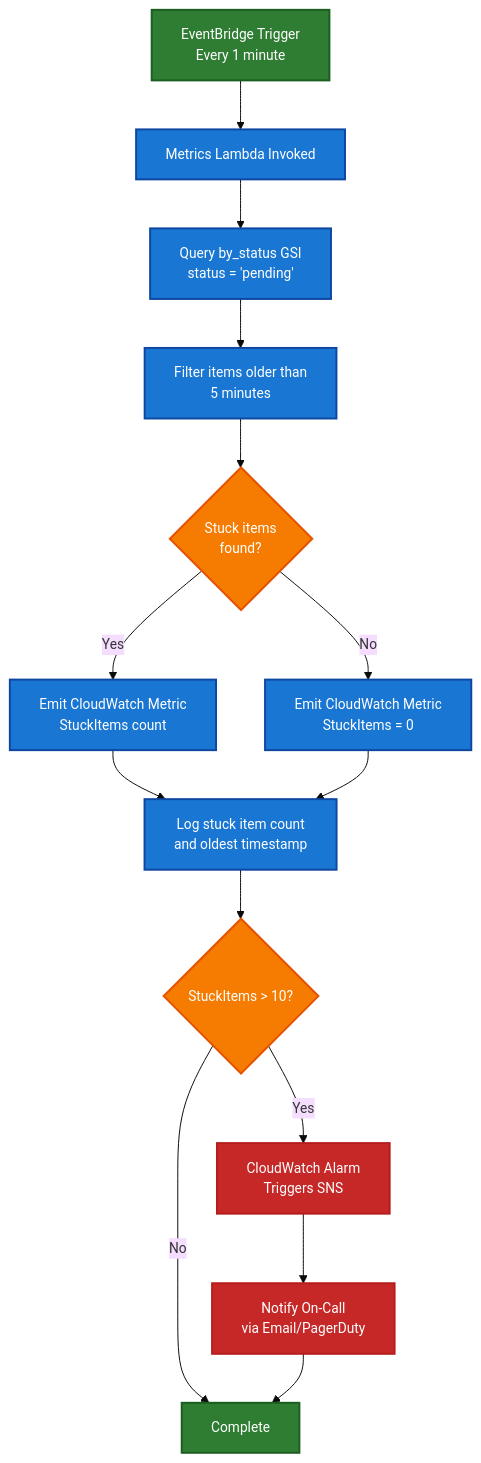
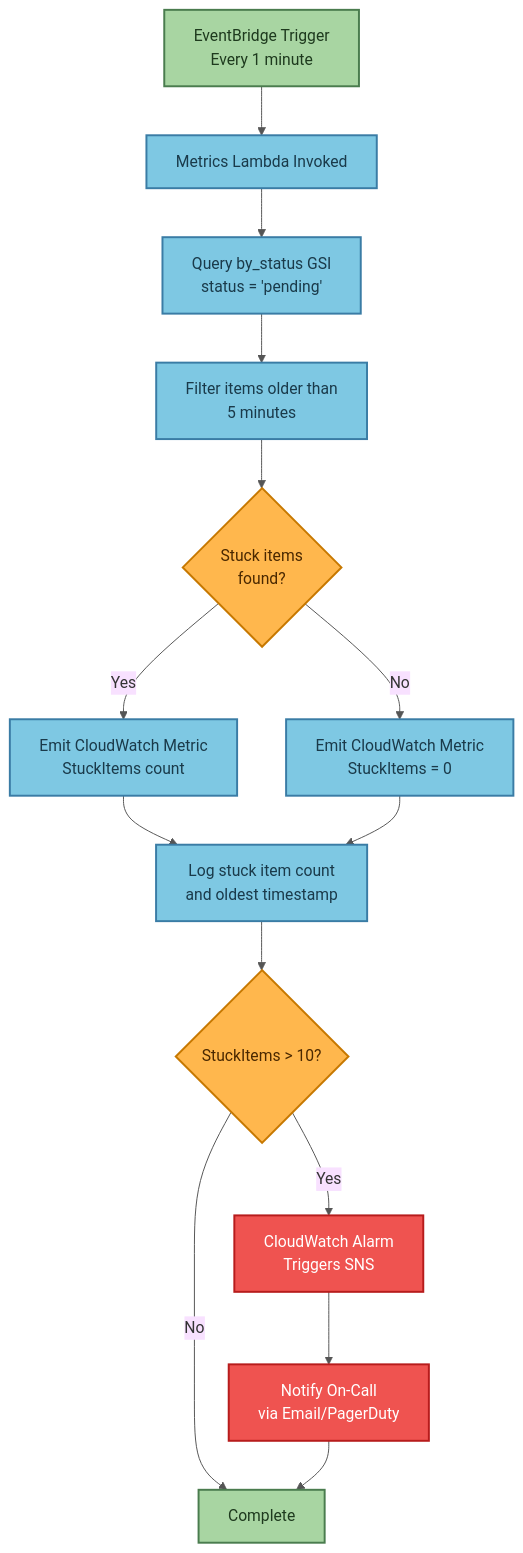
Before and after one commit to traylorre/sentiment-analyzer-gsk: the second of 10 diagrams in docs/OPERATIONAL_FLOWS.md, drawn with Mermaid. The commit also changed other lines of this file and 3 other files, not shown here.

First line of the commit message:
docs: Update mermaid diagrams with better contrast colors

````diff
--- a/docs/OPERATIONAL_FLOWS.md
+++ b/docs/OPERATIONAL_FLOWS.md
@@ -78,27 +78,27 @@
 ```mermaid
-%%{init: {'theme':'base', 'themeVariables': {'fontSize':'14px'}}}%%
+%%{init: {'theme':'base', 'themeVariables': {'primaryColor':'#fff8e1', 'primaryTextColor':'#333', 'primaryBorderColor':'#c9a227', 'lineColor':'#555'}}}%%
 flowchart TD
     Start[EventBridge Trigger<br/>Every 1 minute] --> MetricsLambda[Metrics Lambda Invoked]
     MetricsLambda --> QueryGSI[Query by_status GSI<br/>status = 'pending']
     QueryGSI --> FilterOld[Filter items older than<br/>5 minutes]
     FilterOld --> Count{Stuck items<br/>found?}
     Count -->|Yes| EmitMetric[Emit CloudWatch Metric<br/>StuckItems count]
     Count -->|No| EmitZero[Emit CloudWatch Metric<br/>StuckItems = 0]
     EmitMetric --> LogResults[Log stuck item count<br/>and oldest timestamp]
     EmitZero --> LogResults
     LogResults --> CheckAlarm{StuckItems > 10?}
     CheckAlarm -->|Yes| TriggerAlarm[CloudWatch Alarm<br/>Triggers SNS]
     CheckAlarm -->|No| End[Complete]
     TriggerAlarm --> NotifyOnCall[Notify On-Call<br/>via Email/PagerDuty]
     NotifyOnCall --> End
 
-    classDef success fill:#2e7d32,stroke:#1b5e20,stroke-width:2px,color:#fff
-    classDef process fill:#1976d2,stroke:#0d47a1,stroke-width:2px,color:#fff
-    classDef decision fill:#f57c00,stroke:#e65100,stroke-width:2px,color:#fff
-    classDef alert fill:#c62828,stroke:#b71c1c,stroke-width:2px,color:#fff
+    classDef successNode fill:#a8d5a2,stroke:#4a7c4e,stroke-width:2px,color:#1e3a1e
+    classDef processNode fill:#7ec8e3,stroke:#3a7ca5,stroke-width:2px,color:#1a3a4a
+    classDef decisionNode fill:#ffb74d,stroke:#c77800,stroke-width:2px,color:#4a2800
+    classDef alertNode fill:#ef5350,stroke:#b71c1c,stroke-width:2px,color:#fff
 
-    class Start,End success
-    class MetricsLambda,QueryGSI,FilterOld,EmitMetric,EmitZero,LogResults process
-    class Count,CheckAlarm decision
-    class TriggerAlarm,NotifyOnCall alert
+    class Start,End successNode
+    class MetricsLambda,QueryGSI,FilterOld,EmitMetric,EmitZero,LogResults processNode
+    class Count,CheckAlarm decisionNode
+    class TriggerAlarm,NotifyOnCall alertNode
 ```
````
